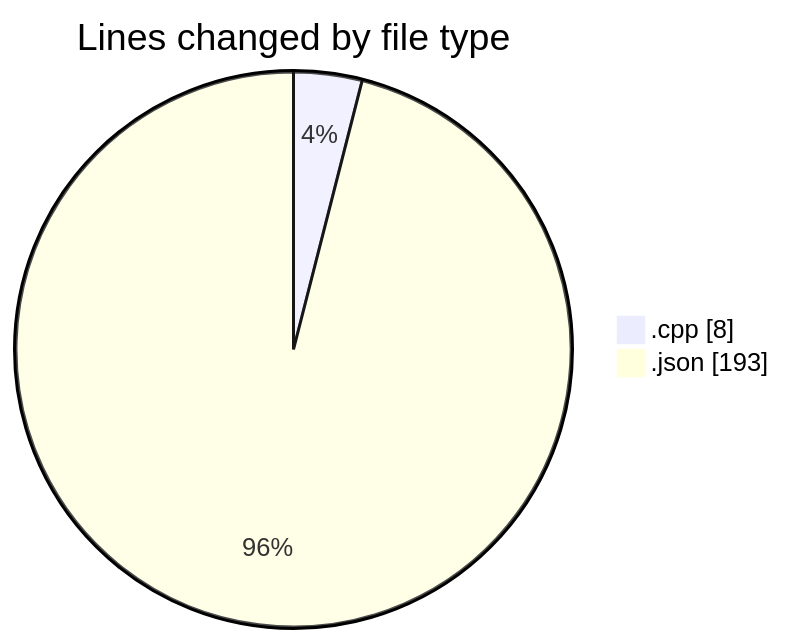
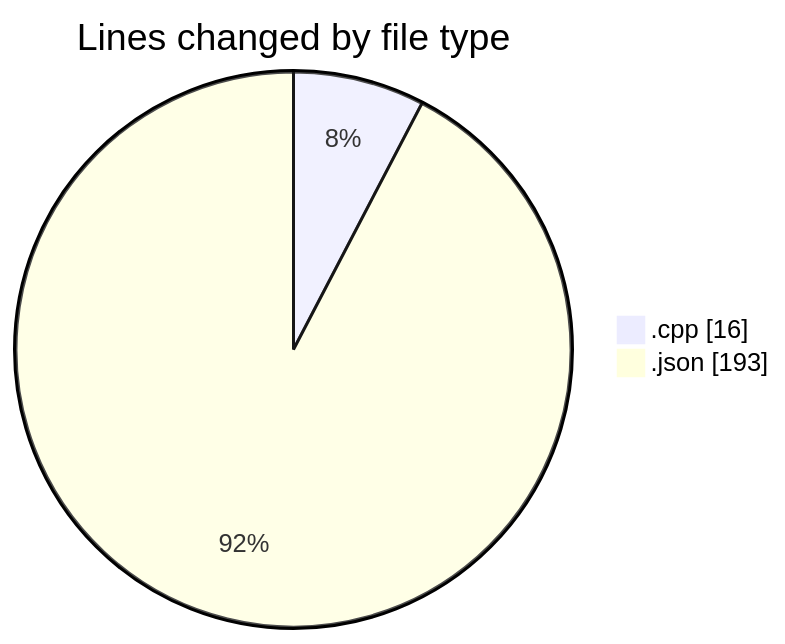
One commit to Ritupan-Deka/code-tracking changed the first of 2 diagrams in 2025-12-08/dsa/README.md. Above: the diagram before and after it, drawn with Mermaid. The commit also changed other lines of this file and 1 other file, not shown here.

````diff
--- a/2025-12-08/dsa/README.md
+++ b/2025-12-08/dsa/README.md
@@ -22,6 +22,6 @@
 ```mermaid
 pie showData
 title Lines changed by file type
-".cpp" : 8
+".cpp" : 16
 ".json" : 193
 ```
````
